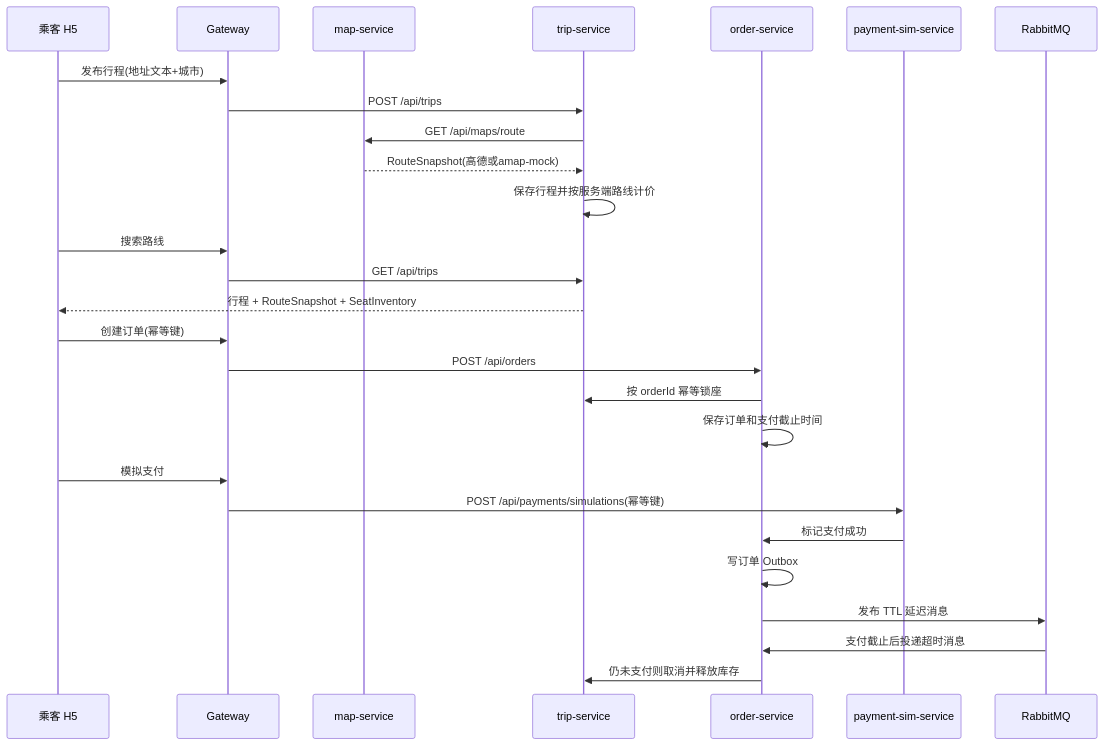
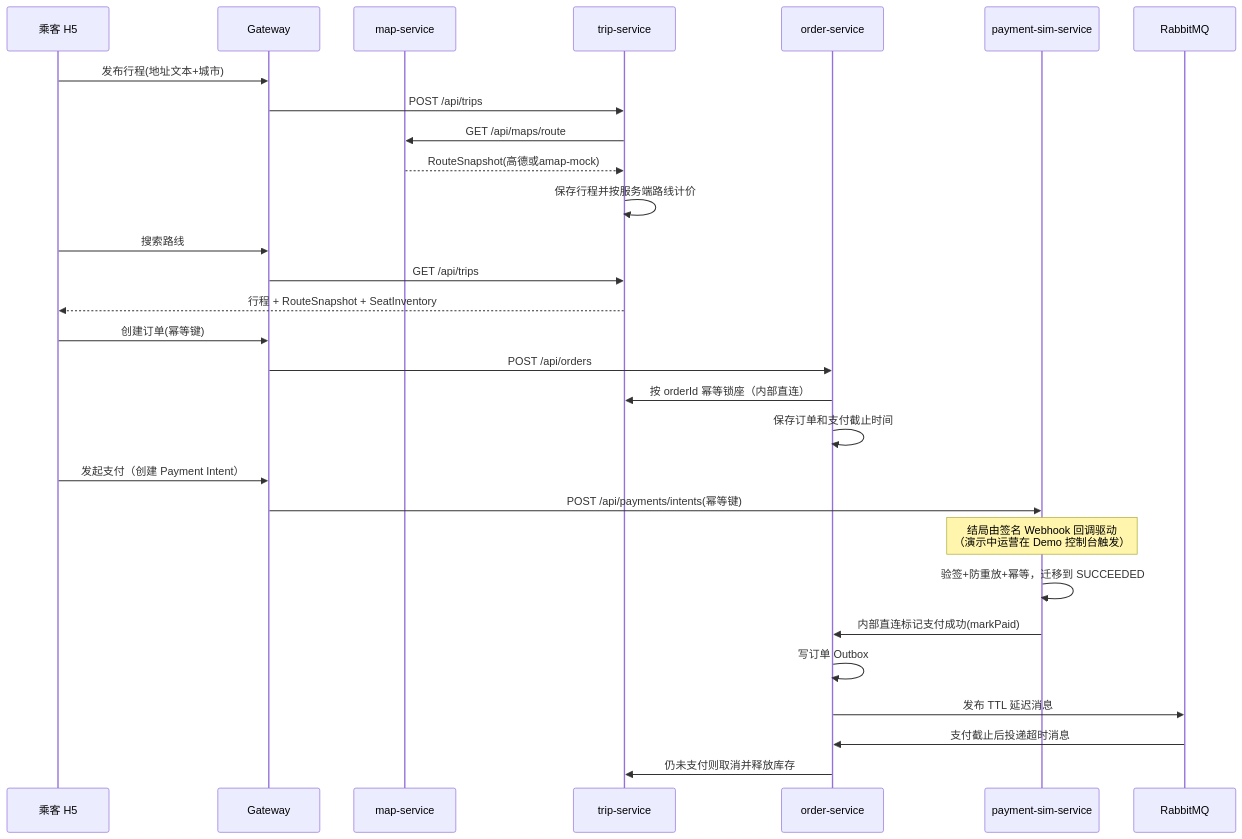
One commit to llfzzz/o2o-Local-Carpooling changed the diagram in docs/architecture.md. Above: the diagram before and after it, drawn with Mermaid. The commit also changed 16 other files, not shown here.

````diff
--- a/docs/architecture.md
+++ b/docs/architecture.md
@@ -57,30 +57,32 @@
 ```mermaid
 sequenceDiagram
   participant Rider as 乘客 H5
   participant Gateway as Gateway
   participant Map as map-service
   participant Trip as trip-service
   participant Order as order-service
   participant Pay as payment-sim-service
   participant MQ as RabbitMQ
 
   Rider->>Gateway: 发布行程(地址文本+城市)
   Gateway->>Trip: POST /api/trips
   Trip->>Map: GET /api/maps/route
   Map-->>Trip: RouteSnapshot(高德或amap-mock)
   Trip->>Trip: 保存行程并按服务端路线计价
   Rider->>Gateway: 搜索路线
   Gateway->>Trip: GET /api/trips
   Trip-->>Rider: 行程 + RouteSnapshot + SeatInventory
   Rider->>Gateway: 创建订单(幂等键)
   Gateway->>Order: POST /api/orders
-  Order->>Trip: 按 orderId 幂等锁座
+  Order->>Trip: 按 orderId 幂等锁座（内部直连）
   Order->>Order: 保存订单和支付截止时间
-  Rider->>Gateway: 模拟支付
-  Gateway->>Pay: POST /api/payments/simulations(幂等键)
-  Pay->>Order: 标记支付成功
+  Rider->>Gateway: 发起支付（创建 Payment Intent）
+  Gateway->>Pay: POST /api/payments/intents(幂等键)
+  Note over Pay: 结局由签名 Webhook 回调驱动<br/>（演示中运营在 Demo 控制台触发）
+  Pay->>Pay: 验签+防重放+幂等，迁移到 SUCCEEDED
+  Pay->>Order: 内部直连标记支付成功(markPaid)
   Order->>Order: 写订单 Outbox
   Order->>MQ: 发布 TTL 延迟消息
   MQ->>Order: 支付截止后投递超时消息
   Order->>Trip: 仍未支付则取消并释放库存
 ```
````
